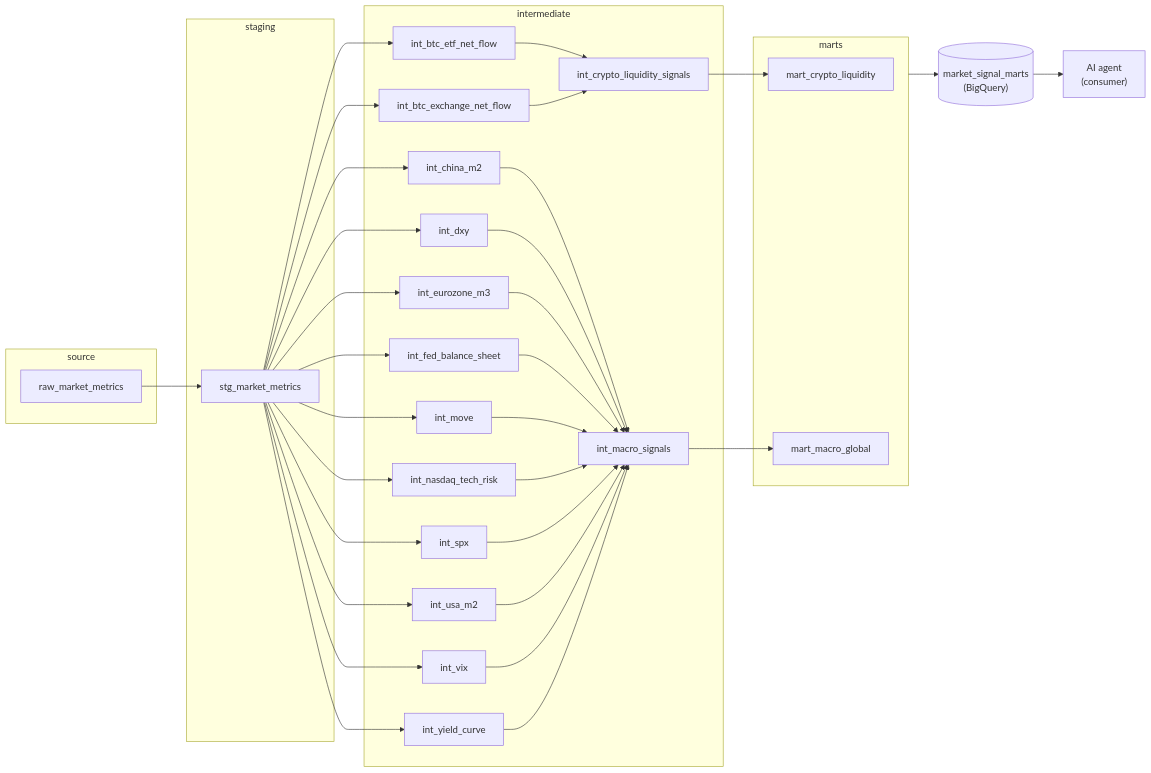
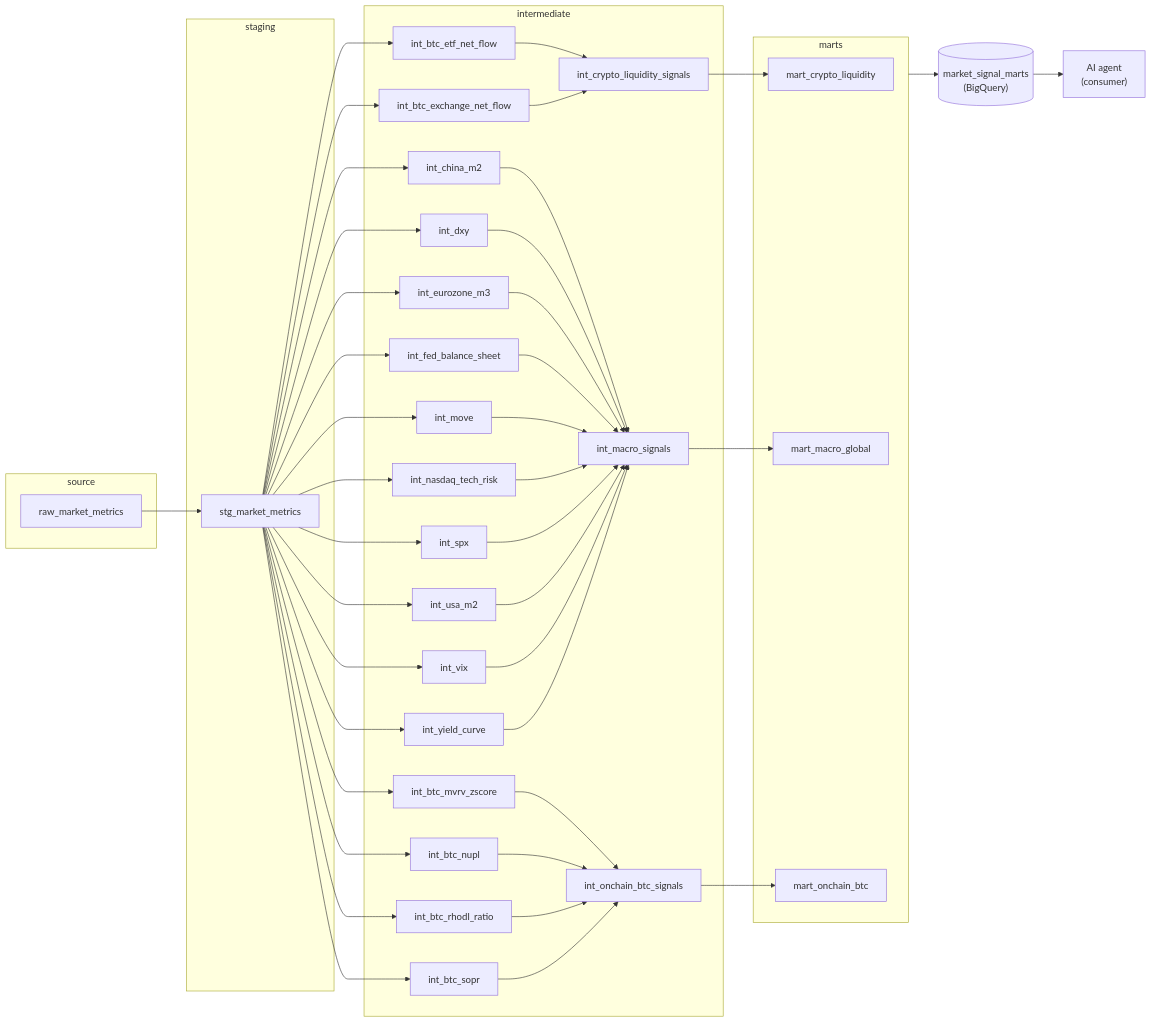
Before and after one commit to ggsergi/market-signal-stack: the diagram in README.md, drawn with Mermaid. The commit also changed other lines of this file and 5 other files, not shown here.

````diff
--- a/README.md
+++ b/README.md
@@ -19,58 +19,73 @@
 ```mermaid
 flowchart LR
     subgraph source["source"]
         raw_market_metrics["raw_market_metrics"]
     end
     subgraph staging["staging"]
         stg_market_metrics["stg_market_metrics"]
     end
     subgraph intermediate["intermediate"]
         int_btc_etf_net_flow["int_btc_etf_net_flow"]
         int_btc_exchange_net_flow["int_btc_exchange_net_flow"]
+        int_btc_mvrv_zscore["int_btc_mvrv_zscore"]
+        int_btc_nupl["int_btc_nupl"]
+        int_btc_rhodl_ratio["int_btc_rhodl_ratio"]
+        int_btc_sopr["int_btc_sopr"]
         int_china_m2["int_china_m2"]
         int_crypto_liquidity_signals["int_crypto_liquidity_signals"]
         int_dxy["int_dxy"]
         int_eurozone_m3["int_eurozone_m3"]
         int_fed_balance_sheet["int_fed_balance_sheet"]
         int_macro_signals["int_macro_signals"]
         int_move["int_move"]
         int_nasdaq_tech_risk["int_nasdaq_tech_risk"]
+        int_onchain_btc_signals["int_onchain_btc_signals"]
         int_spx["int_spx"]
         int_usa_m2["int_usa_m2"]
         int_vix["int_vix"]
         int_yield_curve["int_yield_curve"]
     end
     subgraph marts["marts"]
         mart_crypto_liquidity["mart_crypto_liquidity"]
         mart_macro_global["mart_macro_global"]
+        mart_onchain_btc["mart_onchain_btc"]
     end
     int_btc_etf_net_flow --> int_crypto_liquidity_signals
     int_btc_exchange_net_flow --> int_crypto_liquidity_signals
+    int_btc_mvrv_zscore --> int_onchain_btc_signals
+    int_btc_nupl --> int_onchain_btc_signals
+    int_btc_rhodl_ratio --> int_onchain_btc_signals
+    int_btc_sopr --> int_onchain_btc_signals
+    int_onchain_btc_signals --> mart_onchain_btc
     int_china_m2 --> int_macro_signals
     int_crypto_liquidity_signals --> mart_crypto_liquidity
     int_dxy --> int_macro_signals
     int_eurozone_m3 --> int_macro_signals
     int_fed_balance_sheet --> int_macro_signals
     int_macro_signals --> mart_macro_global
     int_move --> int_macro_signals
     int_nasdaq_tech_risk --> int_macro_signals
     int_spx --> int_macro_signals
     int_usa_m2 --> int_macro_signals
     int_vix --> int_macro_signals
     int_yield_curve --> int_macro_signals
     raw_market_metrics --> stg_market_metrics
     stg_market_metrics --> int_btc_etf_net_flow
     stg_market_metrics --> int_btc_exchange_net_flow
+    stg_market_metrics --> int_btc_mvrv_zscore
+    stg_market_metrics --> int_btc_nupl
+    stg_market_metrics --> int_btc_rhodl_ratio
+    stg_market_metrics --> int_btc_sopr
     stg_market_metrics --> int_china_m2
     stg_market_metrics --> int_dxy
     stg_market_metrics --> int_eurozone_m3
     stg_market_metrics --> int_fed_balance_sheet
     stg_market_metrics --> int_move
     stg_market_metrics --> int_nasdaq_tech_risk
     stg_market_metrics --> int_spx
     stg_market_metrics --> int_usa_m2
     stg_market_metrics --> int_vix
     stg_market_metrics --> int_yield_curve
     marts --> market_signal_marts[("market_signal_marts<br/>(BigQuery)")]
     market_signal_marts --> agent["AI agent<br/>(consumer)"]
 ```
````
